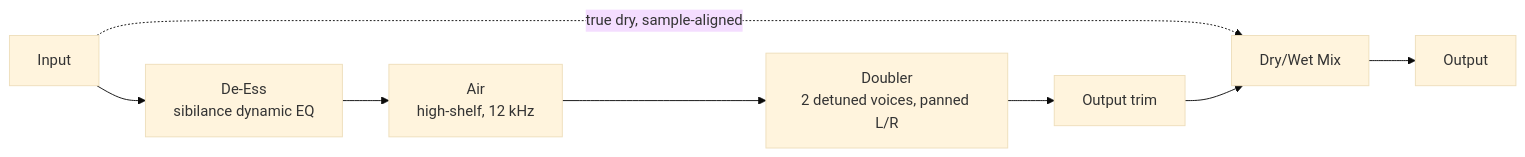
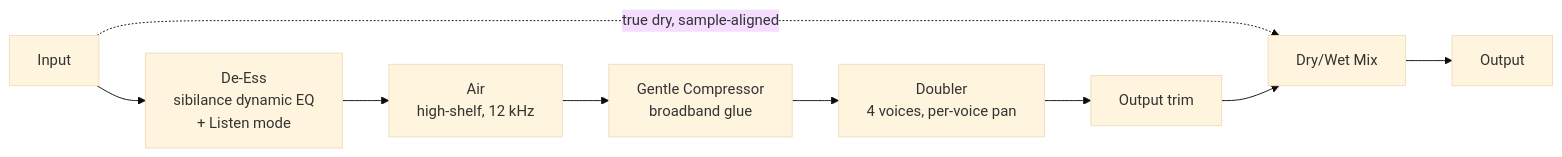
Before and after one commit to basilica-audio/Seraph: the diagram in docs/architecture.md, drawn with Mermaid (base theme). The commit also changed other lines of this file and 24 other files, not shown here.

First line of the commit message:
M1: DSP completion (compressor, listen mode, 4-voice doubler) + docs + tests (#8)

````diff
--- a/docs/architecture.md
+++ b/docs/architecture.md
@@ -5,10 +5,11 @@
 ```mermaid
 flowchart LR
-    IN[Input] --> DEESS[De-Ess<br/>sibilance dynamic EQ]
+    IN[Input] --> DEESS[De-Ess<br/>sibilance dynamic EQ<br/>+ Listen mode]
     DEESS --> AIR[Air<br/>high-shelf, 12 kHz]
-    AIR --> DOUBLE[Doubler<br/>2 detuned voices, panned L/R]
+    AIR --> COMP[Gentle Compressor<br/>broadband glue]
+    COMP --> DOUBLE[Doubler<br/>4 voices, per-voice pan]
     DOUBLE --> OUT_GAIN[Output trim]
     IN -.->|true dry, sample-aligned| MIX[Dry/Wet Mix]
     OUT_GAIN --> MIX
     MIX --> OUT[Output]
 ```
````
